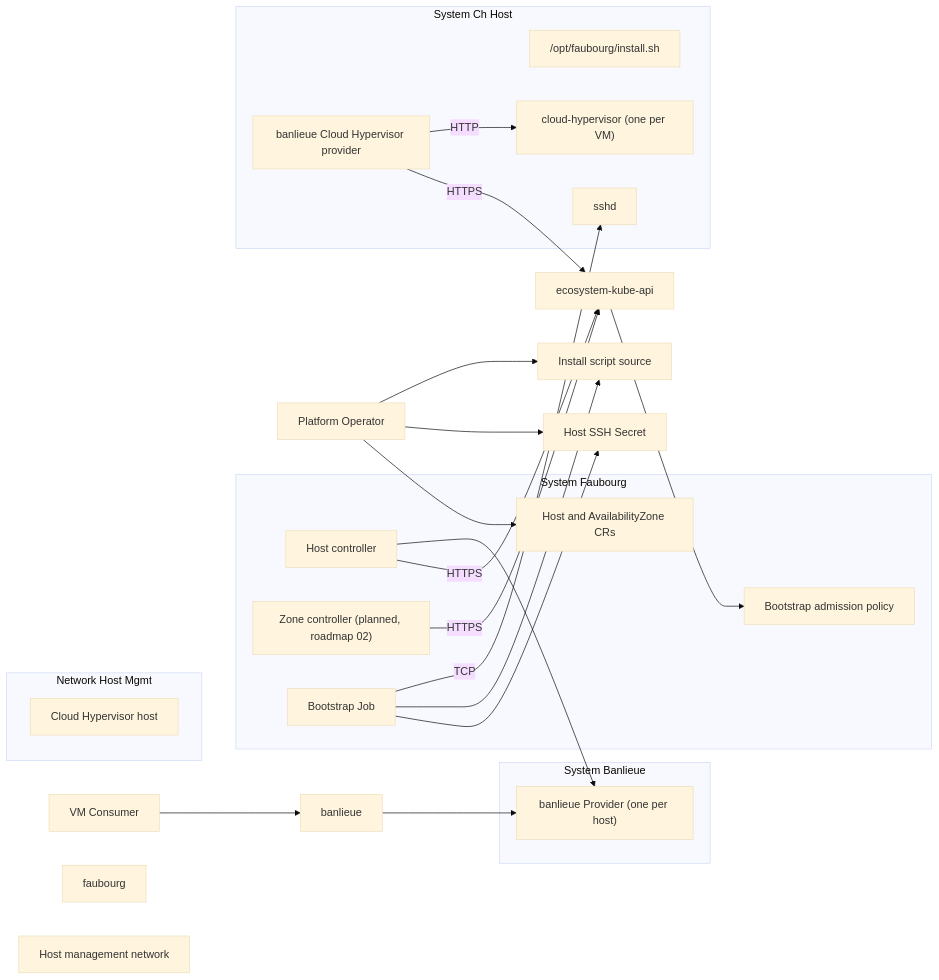
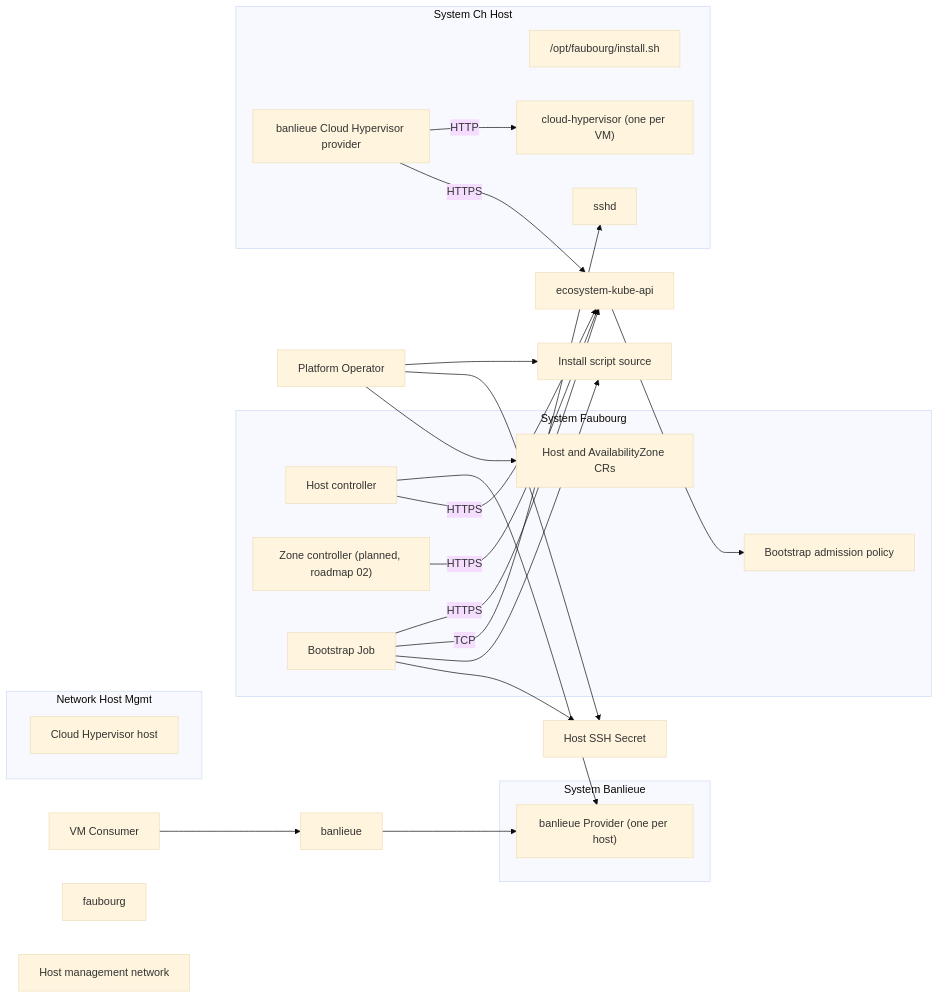
One commit to firestoned/faubourg changed the diagram in docs/architecture/diagrams/system.md. Above: the diagram before and after it, drawn with Mermaid (base theme). The commit also changed 44 other files, not shown here.

First line of the commit message:
feat: the host Provider and its first token (ADR-0011, roadmap 01) (#7)

````diff
--- a/docs/architecture/diagrams/system.md
+++ b/docs/architecture/diagrams/system.md
@@ -21,54 +21,55 @@
 ```mermaid
 flowchart LR
     actor-platform-operator["Platform Operator"]
     actor-vm-consumer["VM Consumer"]
     system-faubourg["faubourg"]
     service-host-controller["Host controller"]
     service-zone-controller["Zone controller (planned, roadmap 02)"]
     service-bootstrap-job["Bootstrap Job"]
     service-bootstrap-admission-policy["Bootstrap admission policy"]
     data-asset-host-az-crs["Host and AvailabilityZone CRs"]
     data-asset-ssh-secret["Host SSH Secret"]
     system-banlieue["banlieue"]
     data-asset-provider-cr["banlieue Provider (one per host)"]
     system-ch-host["Cloud Hypervisor host"]
     data-asset-install-script["Install script source"]
     data-asset-host-install-script["/opt/faubourg/install.sh"]
     service-ssh["sshd"]
     service-banlieue-ch-provider["banlieue Cloud Hypervisor provider"]
     service-cloud-hypervisor["cloud-hypervisor (one per VM)"]
     network-host-mgmt["Host management network"]
     subgraph sg_system-faubourg [System Faubourg]
         service-host-controller
         service-zone-controller
         service-bootstrap-job
         service-bootstrap-admission-policy
         data-asset-host-az-crs
     end
     subgraph sg_system-ch-host [System Ch Host]
         service-ssh
         data-asset-host-install-script
         service-banlieue-ch-provider
         service-cloud-hypervisor
     end
     subgraph sg_system-banlieue [System Banlieue]
         data-asset-provider-cr
     end
     subgraph sg_network-host-mgmt [Network Host Mgmt]
         system-ch-host
     end
     actor-platform-operator --> data-asset-host-az-crs
     actor-platform-operator --> data-asset-ssh-secret
     actor-platform-operator --> data-asset-install-script
     actor-vm-consumer --> system-banlieue
     service-host-controller -->|HTTPS| ecosystem-kube-api
     ecosystem-kube-api --> service-bootstrap-admission-policy
     service-zone-controller -->|HTTPS| ecosystem-kube-api
     service-bootstrap-job --> data-asset-ssh-secret
     service-bootstrap-job --> data-asset-install-script
     service-bootstrap-job -->|TCP| service-ssh
     service-banlieue-ch-provider -->|HTTPS| ecosystem-kube-api
     service-banlieue-ch-provider -->|HTTP| service-cloud-hypervisor
     system-banlieue --> data-asset-provider-cr
     service-host-controller --> data-asset-provider-cr
+    service-bootstrap-job -->|HTTPS| ecosystem-kube-api
 ```
````
